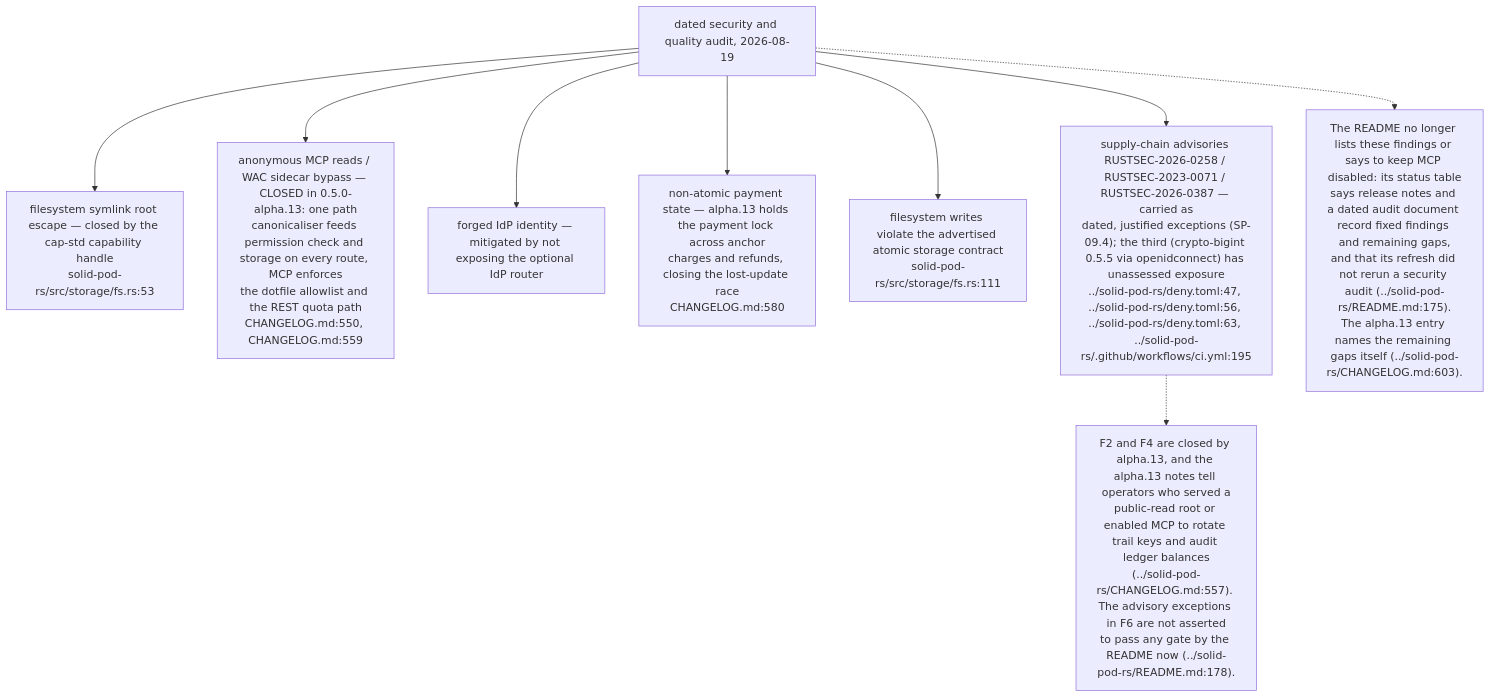
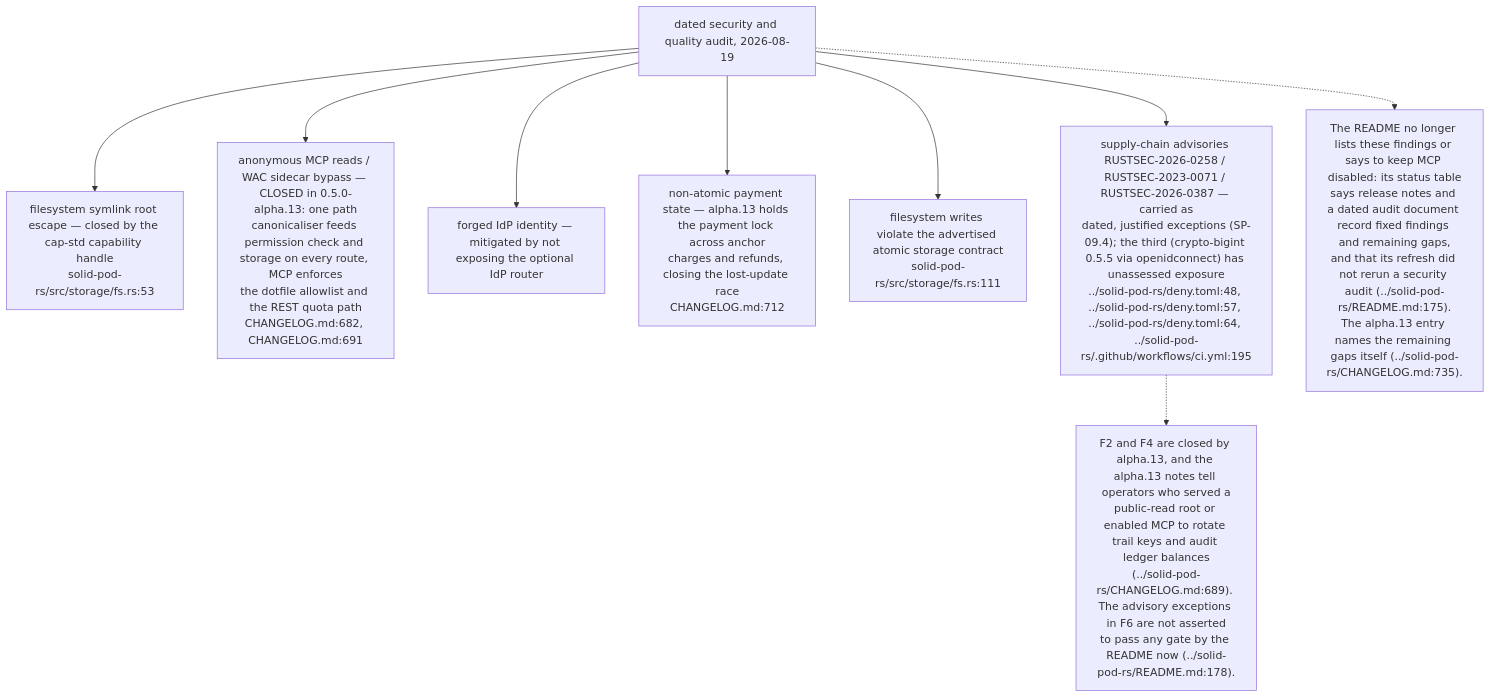
The eighth of 12 diagrams in docs/diagrams/solid-pod-rs/10-failure-modes-and-invariants.md (DreamLab-AI/VisionFlow), drawn with Mermaid before and after one commit. The commit also changed other lines of this file and 59 other files, not shown here.

First line of the commit message:
docs(diagrams): re-derive and re-stamp forum, website, pod, ontomark and sealmap topics

````diff
--- a/docs/diagrams/solid-pod-rs/10-failure-modes-and-invariants.md
+++ b/docs/diagrams/solid-pod-rs/10-failure-modes-and-invariants.md
@@ -245,22 +245,22 @@
 ```mermaid
 flowchart TD
     A["dated security and quality audit, 2026-08-19"]
     F1["filesystem symlink root escape — closed by the cap-std capability handle<br/>solid-pod-rs/src/storage/fs.rs:53"]
-    F2["anonymous MCP reads / WAC sidecar bypass — CLOSED in 0.5.0-alpha.13: one path<br/>canonicaliser feeds permission check and storage on every route, MCP enforces<br/>the dotfile allowlist and the REST quota path<br/>CHANGELOG.md:550, CHANGELOG.md:559"]
+    F2["anonymous MCP reads / WAC sidecar bypass — CLOSED in 0.5.0-alpha.13: one path<br/>canonicaliser feeds permission check and storage on every route, MCP enforces<br/>the dotfile allowlist and the REST quota path<br/>CHANGELOG.md:682, CHANGELOG.md:691"]
     F3["forged IdP identity — mitigated by not exposing the optional IdP router"]
-    F4["non-atomic payment state — alpha.13 holds the payment lock across anchor<br/>charges and refunds, closing the lost-update race<br/>CHANGELOG.md:580"]
+    F4["non-atomic payment state — alpha.13 holds the payment lock across anchor<br/>charges and refunds, closing the lost-update race<br/>CHANGELOG.md:712"]
     F5["filesystem writes violate the advertised atomic storage contract<br/>solid-pod-rs/src/storage/fs.rs:111"]
-    F6["supply-chain advisories RUSTSEC-2026-0258 / RUSTSEC-2023-0071 / RUSTSEC-2026-0387 — carried as<br/>dated, justified exceptions (SP-09.4); the third (crypto-bigint 0.5.5 via openidconnect) has unassessed exposure<br/>../solid-pod-rs/deny.toml:47, ../solid-pod-rs/deny.toml:56, ../solid-pod-rs/deny.toml:63, ../solid-pod-rs/.github/workflows/ci.yml:195"]
+    F6["supply-chain advisories RUSTSEC-2026-0258 / RUSTSEC-2023-0071 / RUSTSEC-2026-0387 — carried as<br/>dated, justified exceptions (SP-09.4); the third (crypto-bigint 0.5.5 via openidconnect) has unassessed exposure<br/>../solid-pod-rs/deny.toml:48, ../solid-pod-rs/deny.toml:57, ../solid-pod-rs/deny.toml:64, ../solid-pod-rs/.github/workflows/ci.yml:195"]
 
     A --> F1
     A --> F2
     A --> F3
     A --> F4
     A --> F5
     A --> F6
 
-    N["The README no longer lists these findings or says to keep MCP disabled: its status table<br/>says release notes and a dated audit document record fixed findings and remaining gaps,<br/>and that its refresh did not rerun a security audit (../solid-pod-rs/README.md:175).<br/>The alpha.13 entry names the remaining gaps itself (../solid-pod-rs/CHANGELOG.md:603)."]
+    N["The README no longer lists these findings or says to keep MCP disabled: its status table<br/>says release notes and a dated audit document record fixed findings and remaining gaps,<br/>and that its refresh did not rerun a security audit (../solid-pod-rs/README.md:175).<br/>The alpha.13 entry names the remaining gaps itself (../solid-pod-rs/CHANGELOG.md:735)."]
     A -.-> N
-    N2["F2 and F4 are closed by alpha.13, and the alpha.13 notes tell operators who served a<br/>public-read root or enabled MCP to rotate trail keys and audit ledger balances<br/>(../solid-pod-rs/CHANGELOG.md:557). The advisory exceptions in F6 are not asserted<br/>to pass any gate by the README now (../solid-pod-rs/README.md:178)."]
+    N2["F2 and F4 are closed by alpha.13, and the alpha.13 notes tell operators who served a<br/>public-read root or enabled MCP to rotate trail keys and audit ledger balances<br/>(../solid-pod-rs/CHANGELOG.md:689). The advisory exceptions in F6 are not asserted<br/>to pass any gate by the README now (../solid-pod-rs/README.md:178)."]
     F6 -.-> N2
 ```
````
